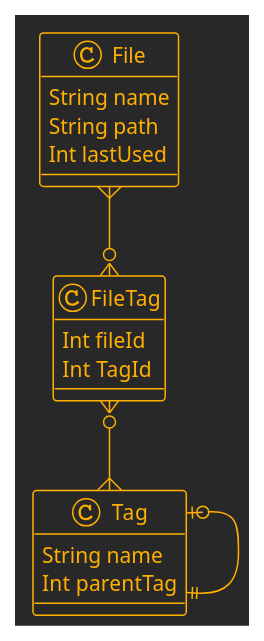
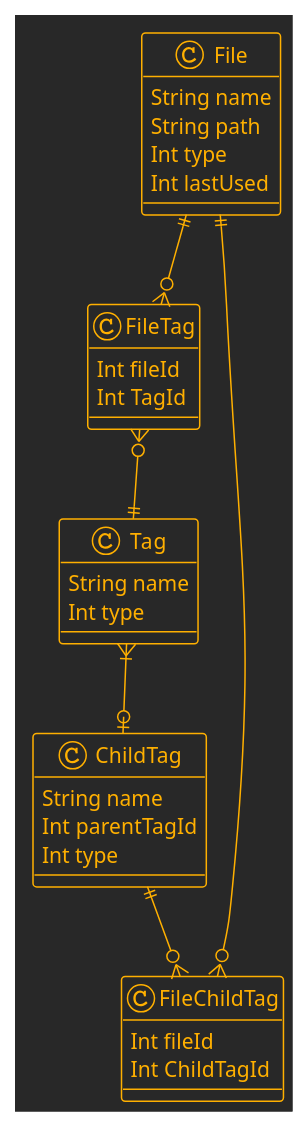
One commit to Casp-ian/TaggedFiles changed the diagram in diagram.puml. Above: the diagram before and after it, drawn with PlantUML. The commit also changed 15 other files, not shown here.

```diff
--- a/diagram.puml
+++ b/diagram.puml
@@ -1,24 +1,44 @@
 @startuml
 !theme crt-amber
 class File {
   String name
   String path
+  Int type
   Int lastUsed
 }
 
-File }--o{ FileTag
+File ||--o{ FileTag
+File ||--o{ FileChildTag
 
 class FileTag {
   Int fileId
   Int TagId
 }
+class FileChildTag {
+  Int fileId
+  Int ChildTagId
+}
 
-FileTag }o--{ Tag
+FileTag }o--|| Tag
 
 class Tag {
   String name
-  Int parentTag
+  Int type
 }
 
-Tag |o--|| Tag
+
+
+ChildTag ||--o{ FileChildTag
+
+
+Tag }|--o| ChildTag
+
+class ChildTag {
+  String name
+  Int parentTagId
+  Int type
+}
+
+
+
 @enduml
```
